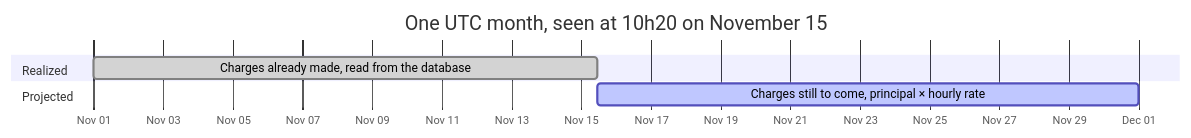
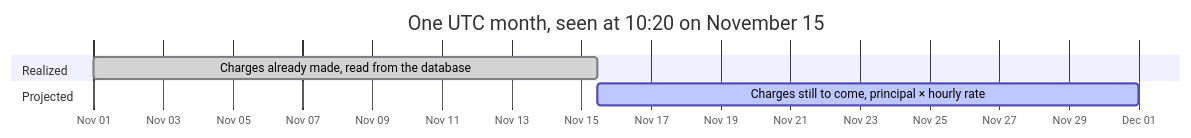
One commit to c9s/bbgo changed the second of 7 diagrams in doc/design/margin-interest-budget.md. Above: the diagram before and after it, drawn with Mermaid. The commit also changed other lines of this file, not shown here.

````diff
--- a/doc/design/margin-interest-budget.md
+++ b/doc/design/margin-interest-budget.md
@@ -112,11 +80,11 @@
 ```mermaid
 gantt
-    title One UTC month, seen at 10h20 on November 15
+    title One UTC month, seen at 10:20 on November 15
     dateFormat YYYY-MM-DD HH:mm
     axisFormat %b %d
     todayMarker off
     section Realized
     Charges already made, read from the database :done, r1, 2026-11-01 00:00, 2026-11-15 11:00
     section Projected
     Charges still to come, principal × hourly rate :active, p1, 2026-11-15 11:00, 2026-12-01 00:00
 ```
````
